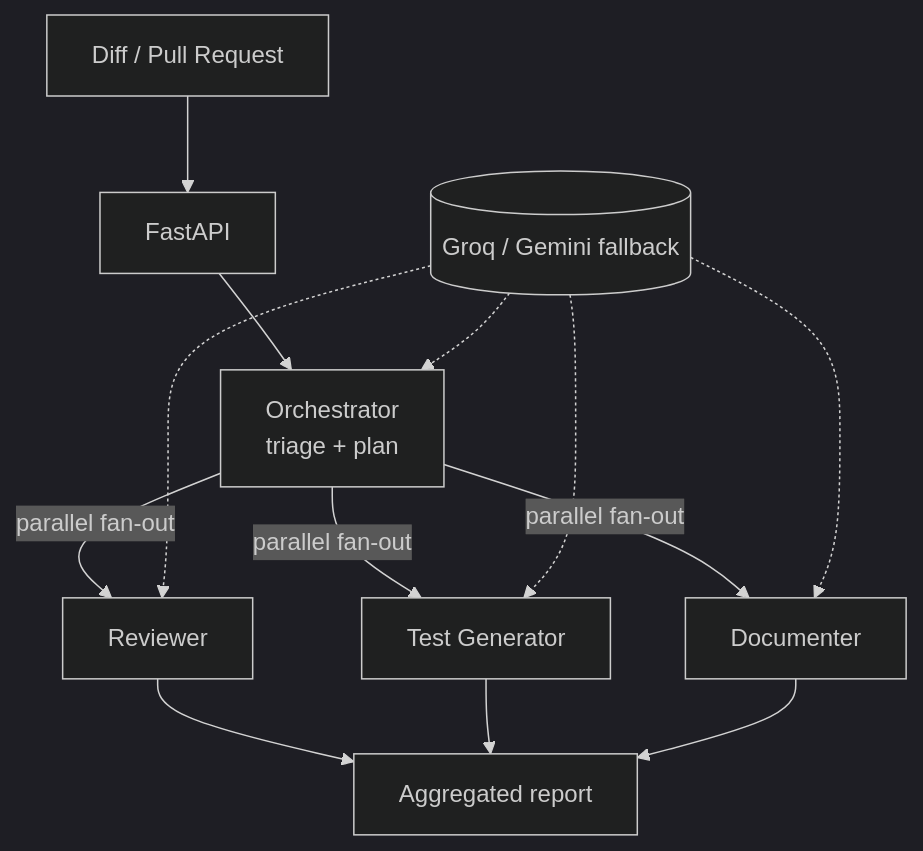
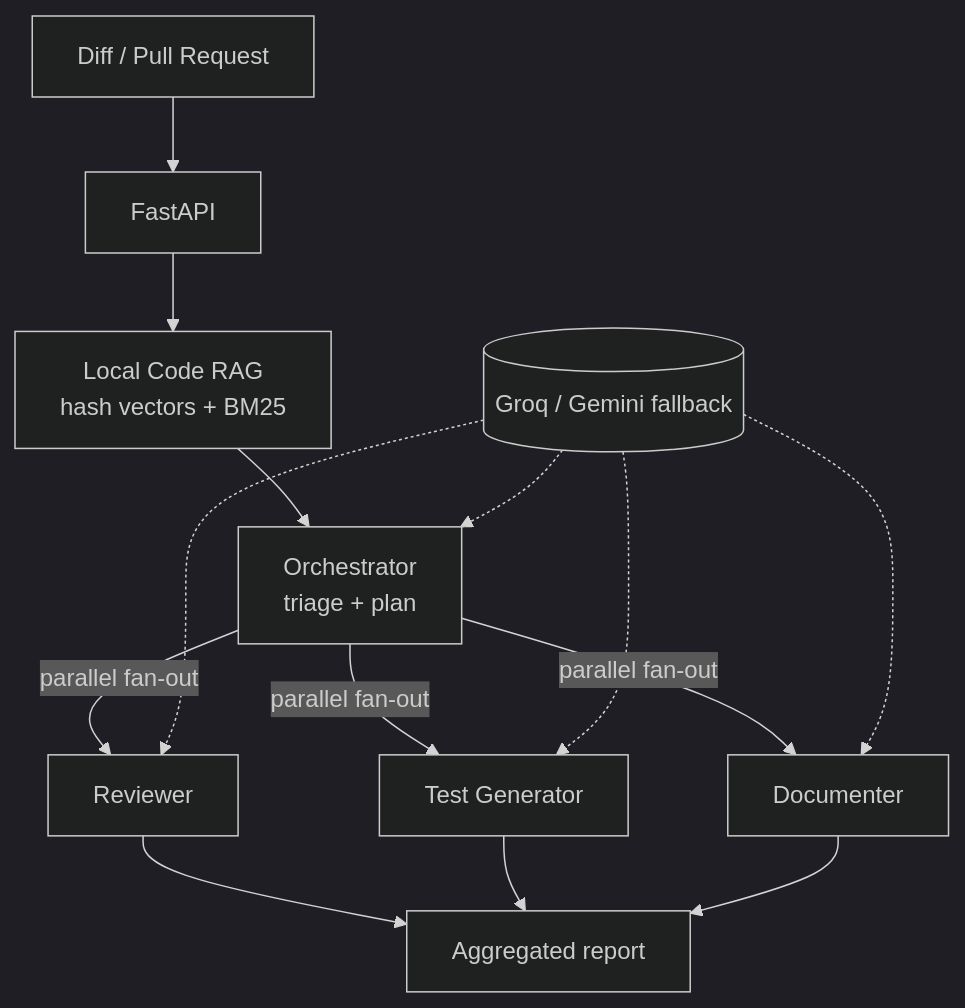
The diagram in README.md (GabCaldas/devflow-ai), drawn with Mermaid (dark theme) before and after one commit. The commit also changed other lines of this file and 13 other files, not shown here.

Commit message:
Add local hybrid Code RAG

````diff
--- a/README.md
+++ b/README.md
@@ -27,12 +29,13 @@
 ```mermaid
 flowchart TD
     PR[Diff / Pull Request] --> API[FastAPI]
-    API --> ORQ[Orchestrator<br/>triage + plan]
+    API --> RAG[Local Code RAG<br/>hash vectors + BM25]
+    RAG --> ORQ[Orchestrator<br/>triage + plan]
     ORQ -->|parallel fan-out| REV[Reviewer]
     ORQ -->|parallel fan-out| TST[Test Generator]
     ORQ -->|parallel fan-out| DOC[Documenter]
     REV --> AGG[Aggregated report]
     TST --> AGG
     DOC --> AGG
     LLM[(Groq / Gemini fallback)] -.-> REV & TST & DOC & ORQ
 ```
````
